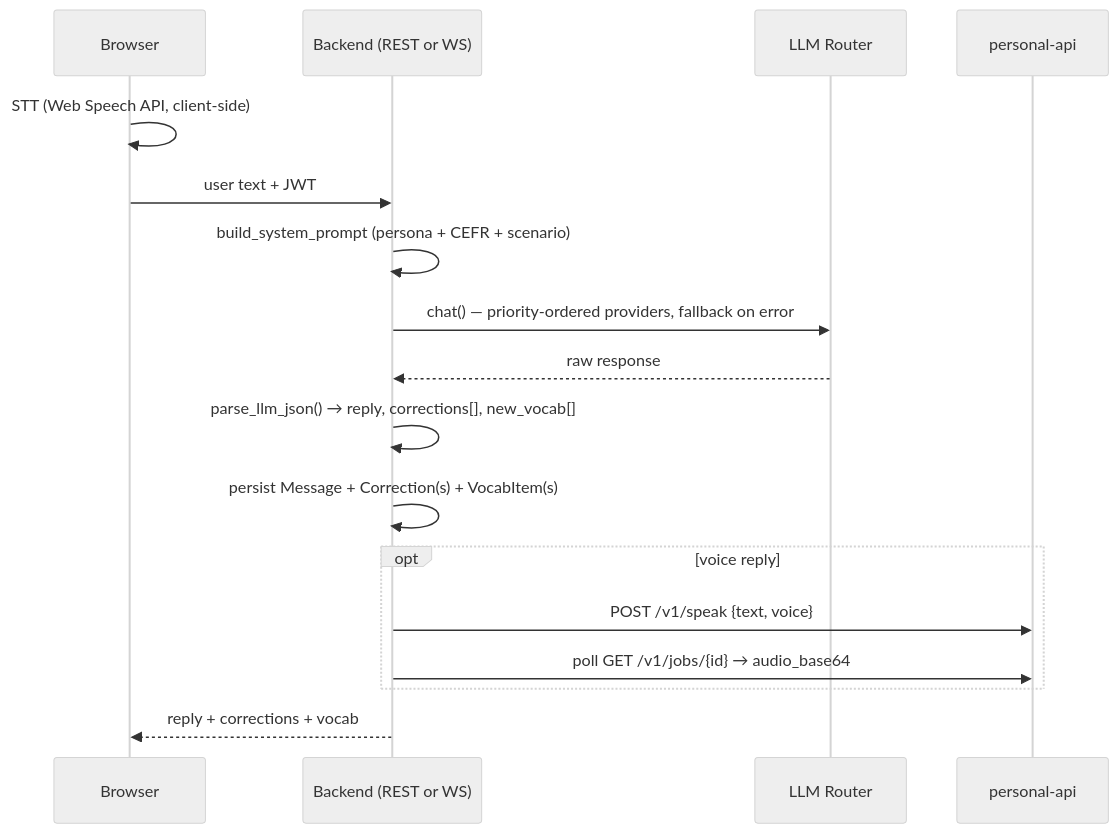
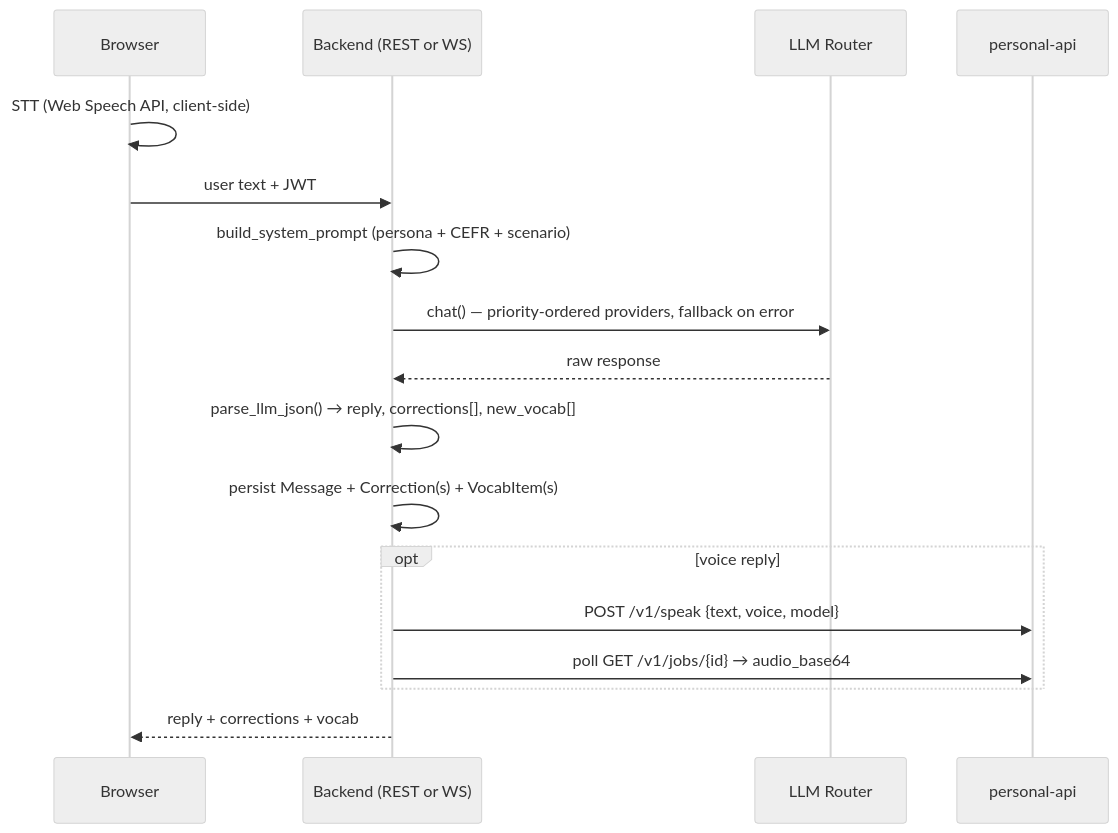
The second of 3 diagrams in DESIGN.md (dahch/english-forge), drawn with Mermaid (neutral theme) before and after one commit. The commit also changed other lines of this file and 3 other files, not shown here.

````diff
--- a/DESIGN.md
+++ b/DESIGN.md
@@ -57,20 +57,20 @@
 ```mermaid
 sequenceDiagram
     participant B as Browser
     participant API as Backend (REST or WS)
     participant L as LLM Router
     participant PA as personal-api
 
     B->>B: STT (Web Speech API, client-side)
     B->>API: user text + JWT
     API->>API: build_system_prompt (persona + CEFR + scenario)
     API->>L: chat() — priority-ordered providers, fallback on error
     L-->>API: raw response
     API->>API: parse_llm_json() → reply, corrections[], new_vocab[]
     API->>API: persist Message + Correction(s) + VocabItem(s)
     opt voice reply
-        API->>PA: POST /v1/speak {text, voice}
+        API->>PA: POST /v1/speak {text, voice, model}
         API->>PA: poll GET /v1/jobs/{id} → audio_base64
     end
     API-->>B: reply + corrections + vocab
 ```
````
